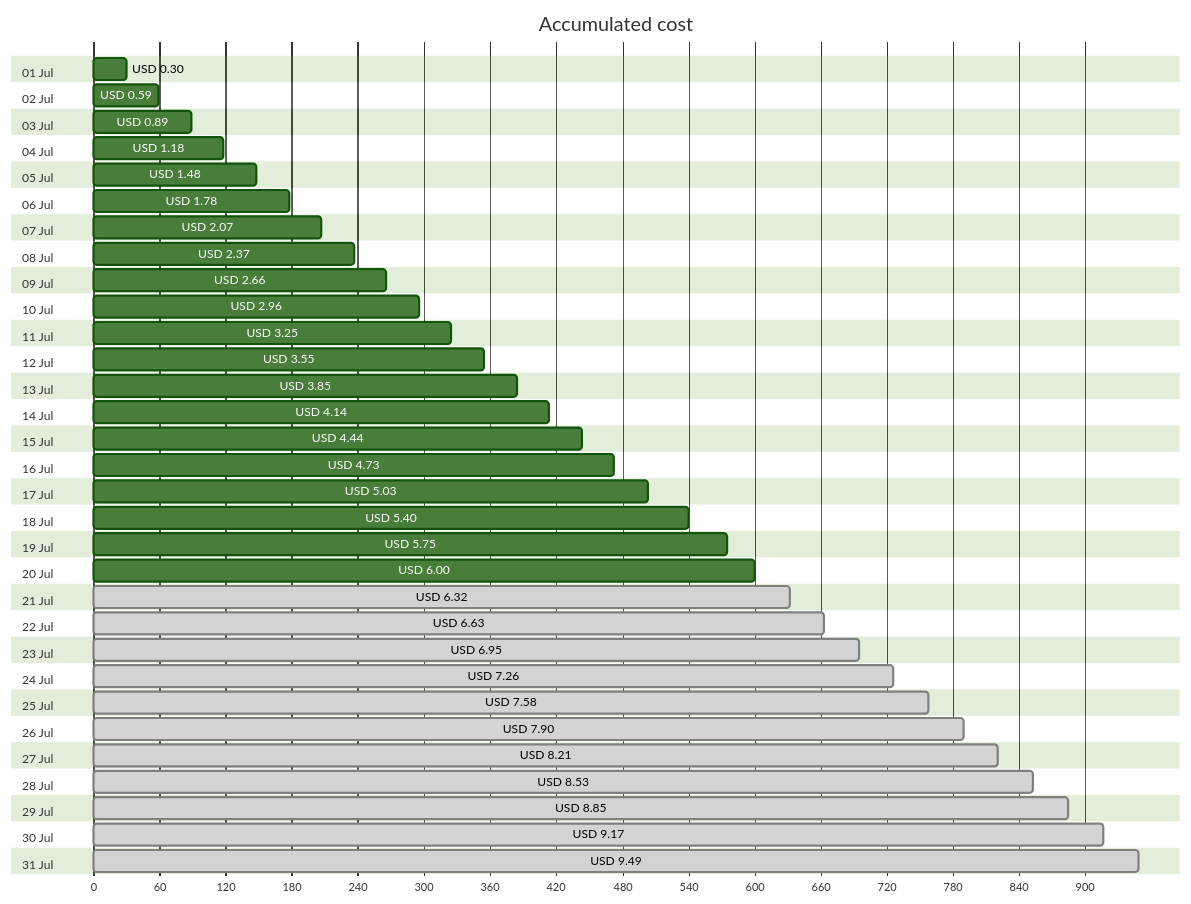
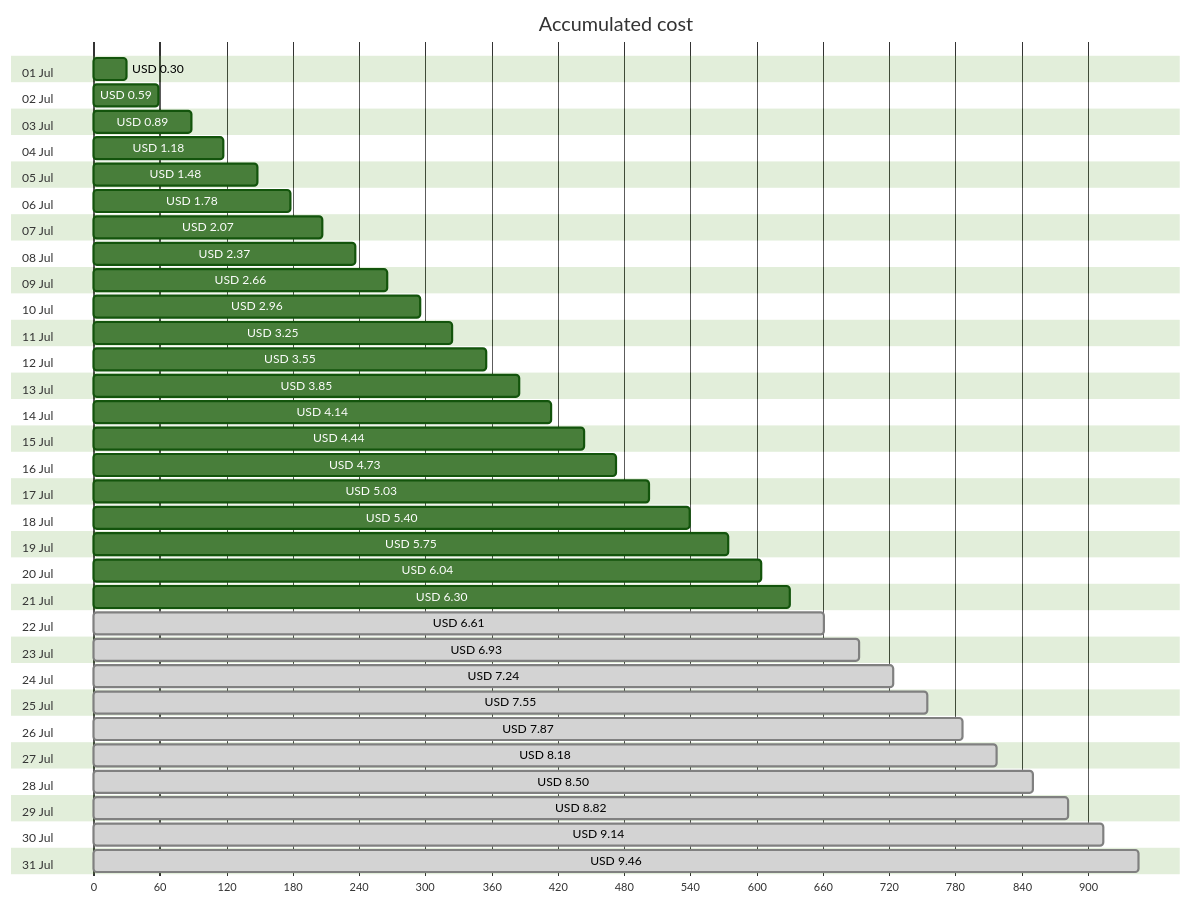
The first of 4 diagrams in cost-reports/personal-site/personal-site-preview.md (jpfulton/azure-personal-reports), drawn with Mermaid (forest theme) before and after one commit. The commit also changed other lines of this file and 6 other files, not shown here.

````diff
--- a/cost-reports/personal-site/personal-site-preview.md
+++ b/cost-reports/personal-site/personal-site-preview.md
@@ -20,68 +20,68 @@
 ```mermaid
 gantt
    title Accumulated cost
    dateFormat  X
    axisFormat %s
    section 01 Jul
    USD 0.30 :0, 30
    section 02 Jul
    USD 0.59 :0, 59
    section 03 Jul
    USD 0.89 :0, 89
    section 04 Jul
    USD 1.18 :0, 118
    section 05 Jul
    USD 1.48 :0, 148
    section 06 Jul
    USD 1.78 :0, 178
    section 07 Jul
    USD 2.07 :0, 207
    section 08 Jul
    USD 2.37 :0, 237
    section 09 Jul
    USD 2.66 :0, 266
    section 10 Jul
    USD 2.96 :0, 296
    section 11 Jul
    USD 3.25 :0, 325
    section 12 Jul
    USD 3.55 :0, 355
    section 13 Jul
    USD 3.85 :0, 385
    section 14 Jul
    USD 4.14 :0, 414
    section 15 Jul
    USD 4.44 :0, 444
    section 16 Jul
    USD 4.73 :0, 473
    section 17 Jul
    USD 5.03 :0, 503
    section 18 Jul
    USD 5.40 :0, 540
    section 19 Jul
    USD 5.75 :0, 575
    section 20 Jul
-   USD 6.00 :0, 600
+   USD 6.04 :0, 604
    section 21 Jul
-   USD 6.32 : done, 0, 632
+   USD 6.30 :0, 630
    section 22 Jul
-   USD 6.63 : done, 0, 663
+   USD 6.61 : done, 0, 661
    section 23 Jul
-   USD 6.95 : done, 0, 695
+   USD 6.93 : done, 0, 693
    section 24 Jul
-   USD 7.26 : done, 0, 726
+   USD 7.24 : done, 0, 724
    section 25 Jul
-   USD 7.58 : done, 0, 758
+   USD 7.55 : done, 0, 755
    section 26 Jul
-   USD 7.90 : done, 0, 790
+   USD 7.87 : done, 0, 787
    section 27 Jul
-   USD 8.21 : done, 0, 821
+   USD 8.18 : done, 0, 818
    section 28 Jul
-   USD 8.53 : done, 0, 853
+   USD 8.50 : done, 0, 850
    section 29 Jul
-   USD 8.85 : done, 0, 885
+   USD 8.82 : done, 0, 882
    section 30 Jul
-   USD 9.17 : done, 0, 917
+   USD 9.14 : done, 0, 914
    section 31 Jul
-   USD 9.49 : done, 0, 949
+   USD 9.46 : done, 0, 946
 ```
````
